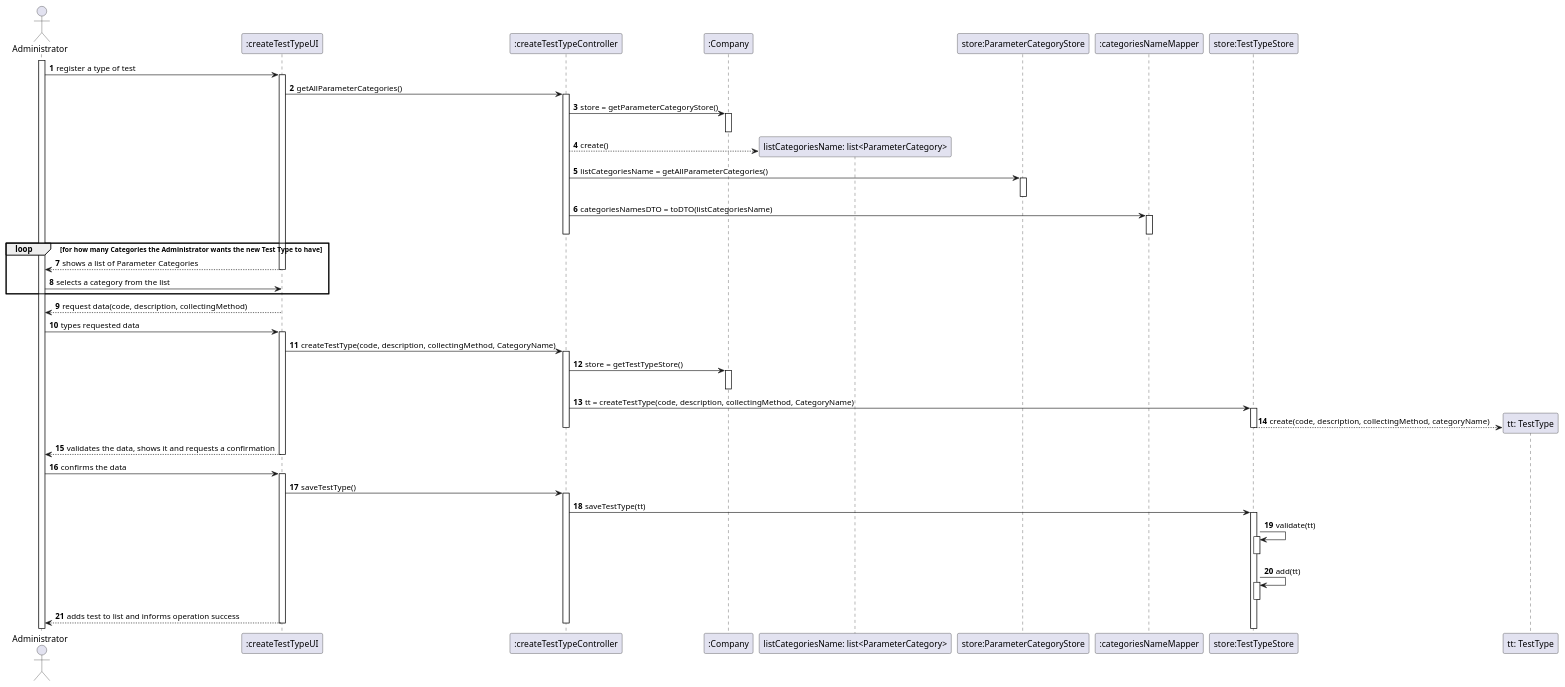
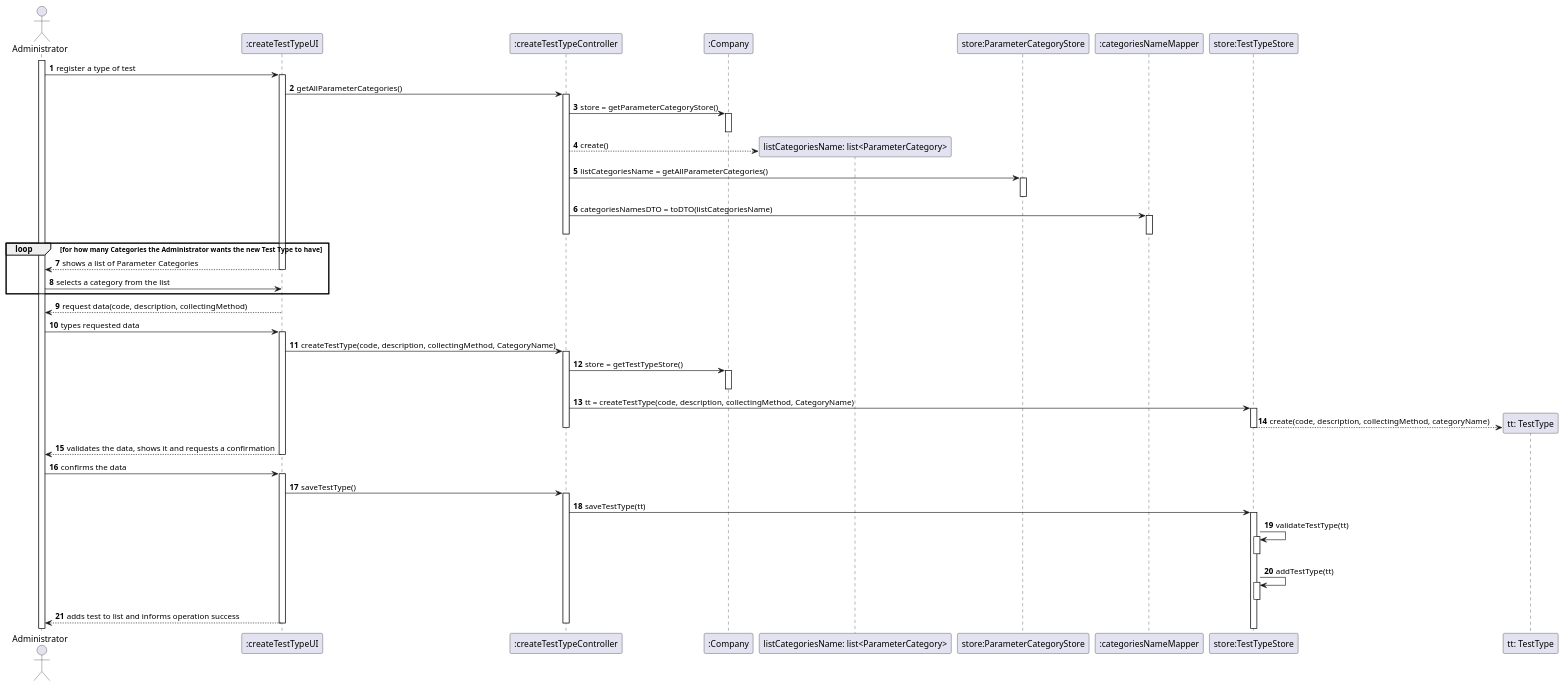
The diagram in docs/SprintB/US09/US09-SD.puml (0franciscor/lei-21-s2-1de-g19), drawn with PlantUML before and after one commit. The commit also changed 3 other files, not shown here.

```diff
--- a/docs/SprintB/US09/US09-SD.puml
+++ b/docs/SprintB/US09/US09-SD.puml
@@ -1,76 +1,76 @@
 @startuml
 autonumber
 actor "Administrator" as admin
 activate admin
 
 admin -> ":createTestTypeUI" : register a type of test
 
 
 activate ":createTestTypeUI"
 ":createTestTypeUI" -> ":createTestTypeController": getAllParameterCategories()
 
 
 activate ":createTestTypeController"
 ":createTestTypeController" -> ":Company": store = getParameterCategoryStore()
 activate ":Company"
 deactivate ":Company"
 
 
 create "listCategoriesName: list<ParameterCategory>"
 ":createTestTypeController" --> "listCategoriesName: list<ParameterCategory>": create()
 
 
 ":createTestTypeController" -> "store:ParameterCategoryStore": listCategoriesName = getAllParameterCategories()
 activate "store:ParameterCategoryStore"
 deactivate "store:ParameterCategoryStore"
 
 
 ":createTestTypeController" -> ":categoriesNameMapper": categoriesNamesDTO = toDTO(listCategoriesName)
 activate ":categoriesNameMapper"
 deactivate ":categoriesNameMapper"
 deactivate ":createTestTypeController"
 
 loop for how many Categories the Administrator wants the new Test Type to have
 ":createTestTypeUI" --> admin: shows a list of Parameter Categories
 deactivate ":createTestTypeUI"
 admin -> ":createTestTypeUI": selects a category from the list
 end
 
 activate ":createTestTypeUI"
 ":createTestTypeUI" --> admin: request data(code, description, collectingMethod)
 deactivate ":createTestTypeUI"
 deactivate ":createTestTypeUI"
 admin -> ":createTestTypeUI" : types requested data
 activate ":createTestTypeUI"
 ":createTestTypeUI" -> ":createTestTypeController": createTestType(code, description, collectingMethod, CategoryName)
 activate ":createTestTypeController"
 ":createTestTypeController" -> ":Company" : store = getTestTypeStore()
 activate ":Company"
 deactivate ":Company"
 ":createTestTypeController" -> "store:TestTypeStore" : tt = createTestType(code, description, collectingMethod, CategoryName)
 activate "store:TestTypeStore"
 create "tt: TestType"
 "store:TestTypeStore" --> "tt: TestType" : create(code, description, collectingMethod, categoryName)
 deactivate "store:TestTypeStore"
 
 deactivate ":createTestTypeController"
 ":createTestTypeUI" --> admin: validates the data, shows it and requests a confirmation
 deactivate ":createTestTypeUI"
 admin -> ":createTestTypeUI": confirms the data
 activate ":createTestTypeUI"
 ":createTestTypeUI" -> ":createTestTypeController": saveTestType()
 activate ":createTestTypeController"
 
 ":createTestTypeController" -> "store:TestTypeStore"++ : saveTestType(tt)
-"store:TestTypeStore" -> "store:TestTypeStore": validate(tt)
+"store:TestTypeStore" -> "store:TestTypeStore": validateTestType(tt)
 activate "store:TestTypeStore"
 deactivate "store:TestTypeStore"
-"store:TestTypeStore" -> "store:TestTypeStore": add(tt)
+"store:TestTypeStore" -> "store:TestTypeStore": addTestType(tt)
 activate "store:TestTypeStore"
 deactivate "store:TestTypeStore"
 
 
 ":createTestTypeUI" --> admin: adds test to list and informs operation success
 deactivate ":createTestTypeController"
 deactivate ":createTestTypeUI"
 @enduml
```
